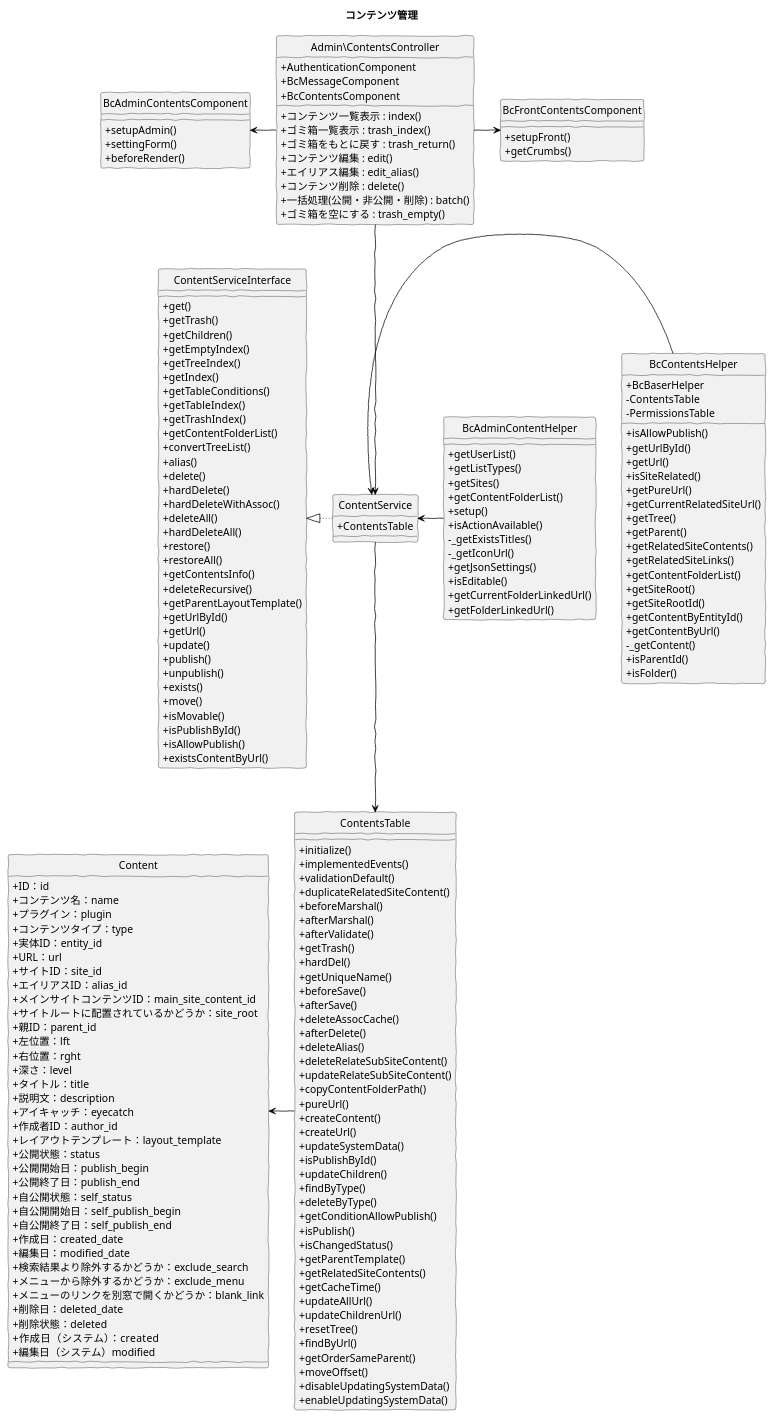
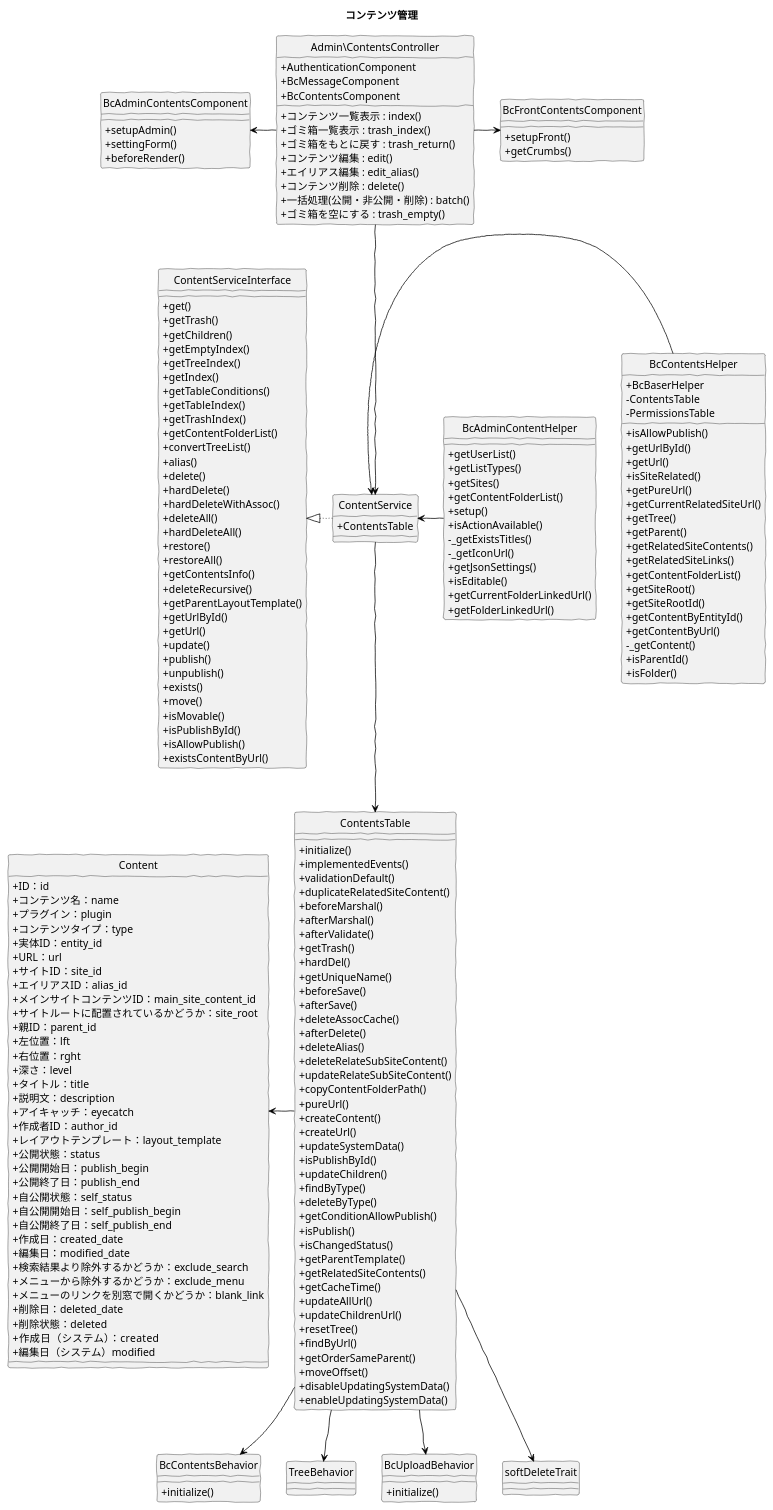
One commit to baserproject/baserproject.github.io changed the diagram in src/puml/5/ucmitz/class/manage_contents.puml. Above: the diagram before and after it, drawn with PlantUML. The commit also changed 2 other files, not shown here.

Commit message:
BcUploadBehaviorのアクティビティ図を一部追加

```diff
--- a/src/puml/5/ucmitz/class/manage_contents.puml
+++ b/src/puml/5/ucmitz/class/manage_contents.puml
@@ -189,6 +189,20 @@
   + existsContentByUrl()
 }
 
+class BcContentsBehavior {
+  + initialize()
+}
+
+class TreeBehavior {
+}
+
+class BcUploadBehavior {
+  + initialize()
+}
+
+class softDeleteTrait {
+}
+
 Admin\ContentsController -left[#Black]-> BcAdminContentsComponent
 Admin\ContentsController -right[#Black]-> BcFrontContentsComponent
 Admin\ContentsController -down[#Black]-> ContentService
@@ -200,4 +214,9 @@
 ContentService -down[#Black]-> ContentsTable
 ContentsTable -left[#Black]-> Content
 
+ContentsTable -down[#Black]-> BcContentsBehavior
+ContentsTable -down[#Black]-> TreeBehavior
+ContentsTable -down[#Black]-> BcUploadBehavior
+ContentsTable -down[#Black]-> softDeleteTrait
+
 @enduml
```
